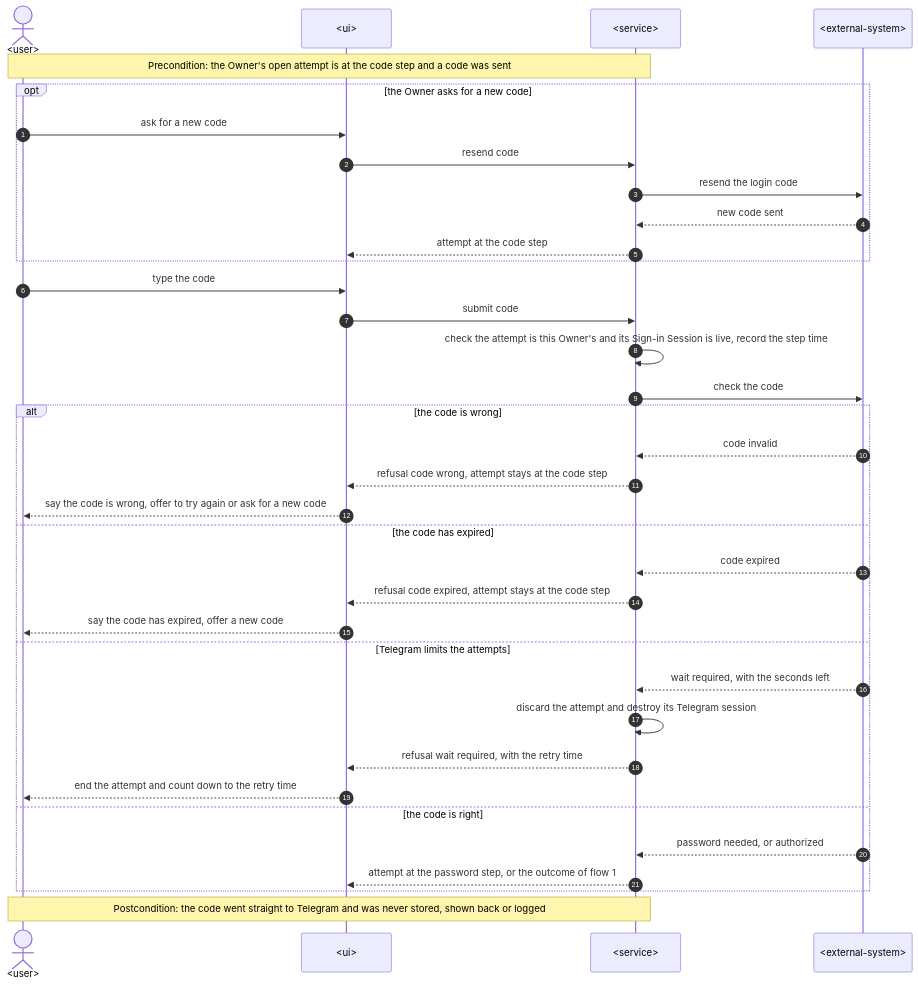
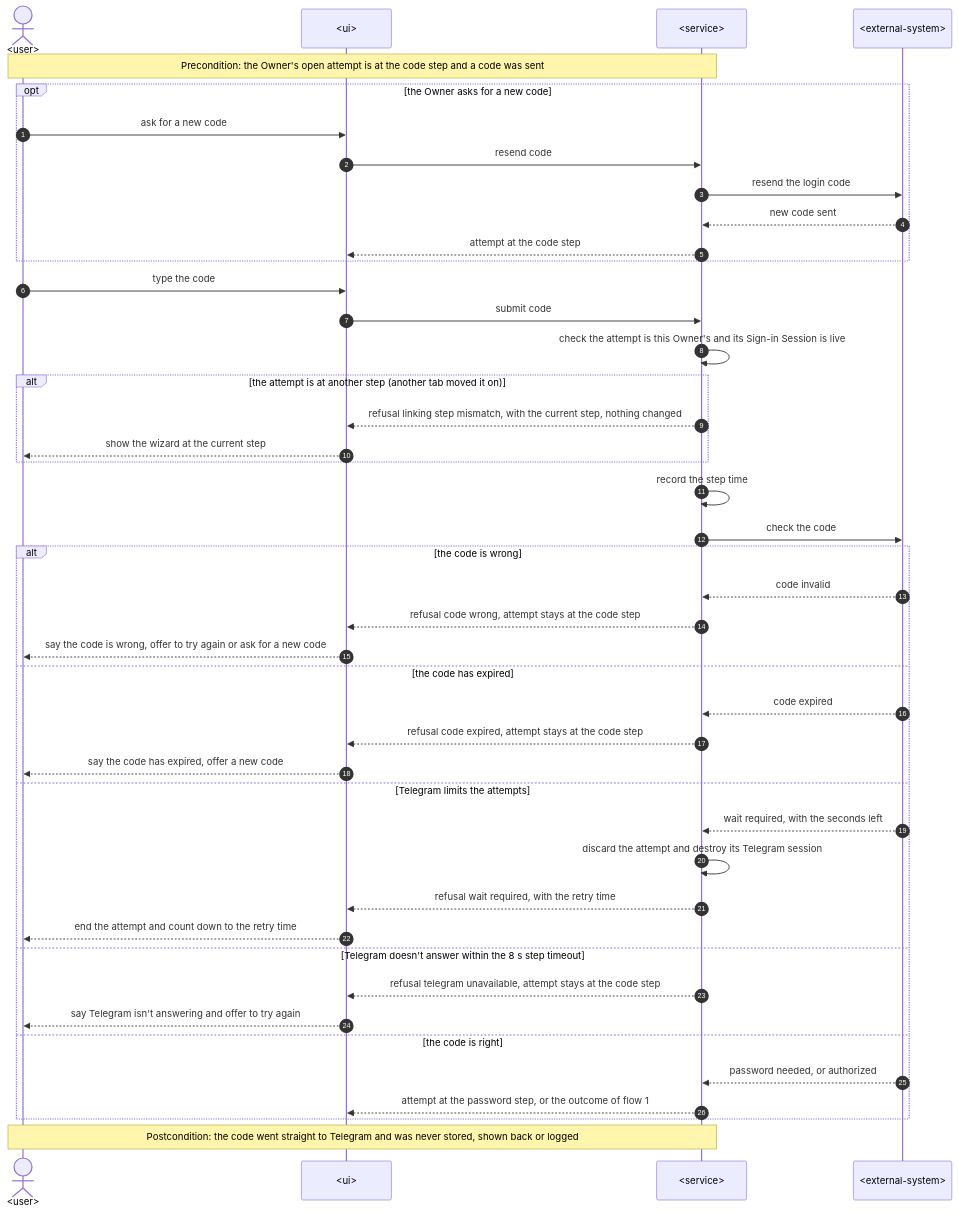
The eighth of 15 diagrams in docs/features/telegram-link/sad.md (drnetua/telex), drawn with Mermaid before and after one commit. The commit also changed other lines of this file and 4 other files, not shown here.

First line of the commit message:
docs(telegram-link): Sync sad flows, metric tags and screens registry with the code

````diff
--- a/docs/features/telegram-link/sad.md
+++ b/docs/features/telegram-link/sad.md
@@ -431,39 +442,47 @@
 ```mermaid
 sequenceDiagram
     autonumber
     actor O as <user>
     participant U as <ui>
     participant S as <service>
     participant X as <external-system>
 
     Note over O,S: Precondition: the Owner's open attempt is at the code step and a code was sent
     opt the Owner asks for a new code
         O->>U: ask for a new code
         U->>S: resend code
         S->>X: resend the login code
         X-->>S: new code sent
         S-->>U: attempt at the code step
     end
     O->>U: type the code
     U->>S: submit code
-    S->>S: check the attempt is this Owner's and its Sign-in Session is live, record the step time
+    S->>S: check the attempt is this Owner's and its Sign-in Session is live
+    alt the attempt is at another step (another tab moved it on)
+        S-->>U: refusal linking step mismatch, with the current step, nothing changed
+        U-->>O: show the wizard at the current step
+    end
+    S->>S: record the step time
     S->>X: check the code
     alt the code is wrong
         X-->>S: code invalid
         S-->>U: refusal code wrong, attempt stays at the code step
         U-->>O: say the code is wrong, offer to try again or ask for a new code
     else the code has expired
         X-->>S: code expired
         S-->>U: refusal code expired, attempt stays at the code step
         U-->>O: say the code has expired, offer a new code
     else Telegram limits the attempts
         X-->>S: wait required, with the seconds left
         S->>S: discard the attempt and destroy its Telegram session
         S-->>U: refusal wait required, with the retry time
         U-->>O: end the attempt and count down to the retry time
+    else Telegram doesn't answer within the 8 s step timeout
+        S-->>U: refusal telegram unavailable, attempt stays at the code step
+        U-->>O: say Telegram isn't answering and offer to try again
     else the code is right
         X-->>S: password needed, or authorized
         S-->>U: attempt at the password step, or the outcome of flow 1
     end
     Note over O,S: Postcondition: the code went straight to Telegram and was never stored, shown back or logged
 ```
````
